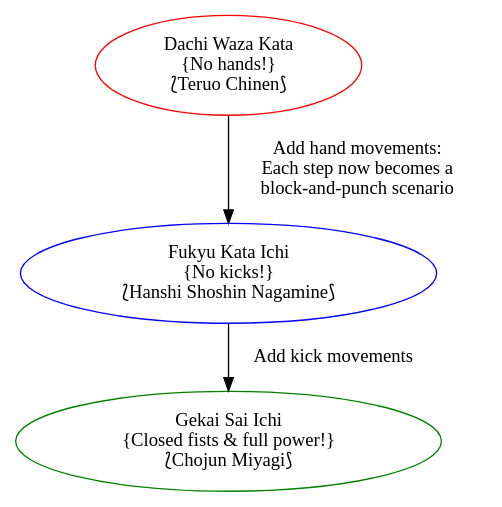
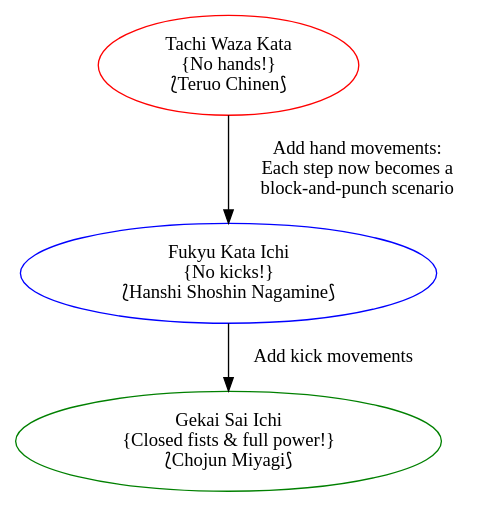
The diagram in posts/karate.org (alhassy/alhassy.github.io), drawn with Graphviz before and after one commit. The commit also changed other lines of this file and 19 other files, not shown here.

```diff
--- a/posts/karate.org
+++ b/posts/karate.org
@@ -271,10 +336,10 @@
-#+BEGIN_SRC dot :file ../images/fukyu-kata.png :exports results
+#+BEGIN_SRC dot :file ../images/tachi-fukyu-gekai-sai.png :exports results
 digraph {
- A [label = "Dachi Waza Kata \n {No hands!} \n ⟅Teruo Chinen⟆", color = red]
+ A [label = "Tachi Waza Kata \n {No hands!} \n ⟅Teruo Chinen⟆", color = red]
  B [label = "Fukyu Kata Ichi \n {No kicks!} \n ⟅Hanshi Shoshin Nagamine⟆", color = blue]
  C [label = "Gekai Sai Ichi \n {Closed fists & full power!} \n ⟅Chojun Miyagi⟆", color = green]
 
  A -> B [label=" Add hand movements:\n Each step now becomes a \n block-and-punch scenario "];
  B -> C [label=" Add kick movements "];
 }
 #+END_SRC
```
